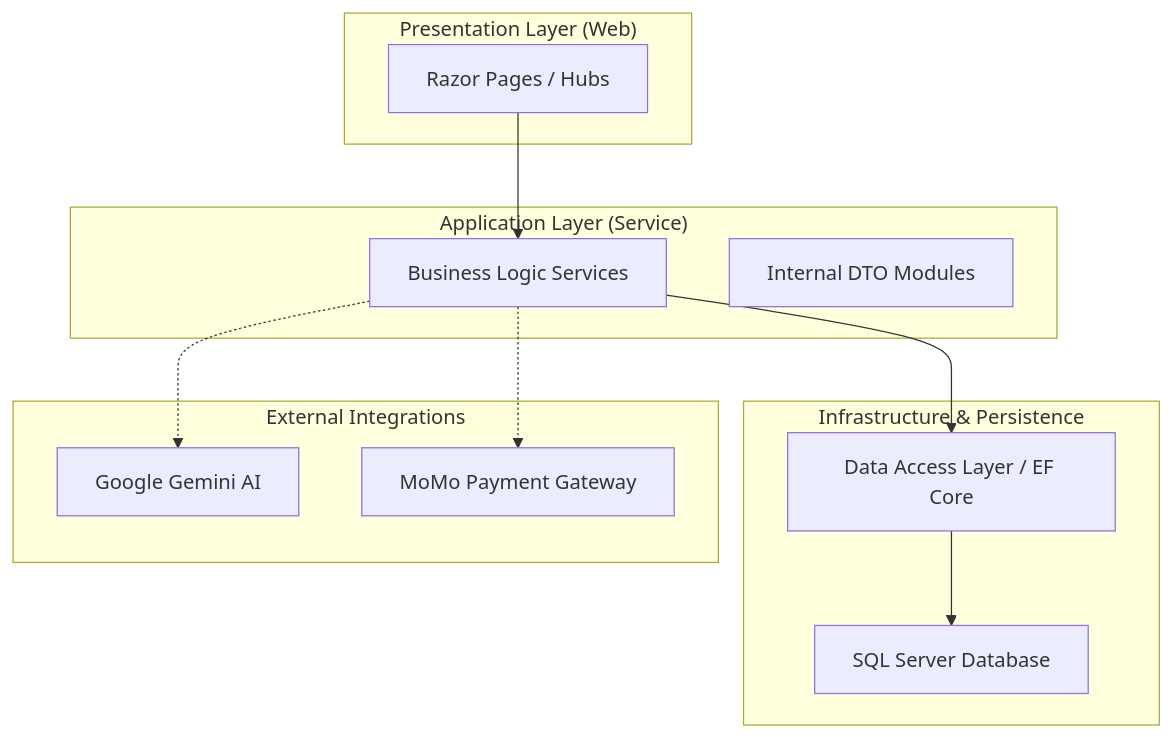
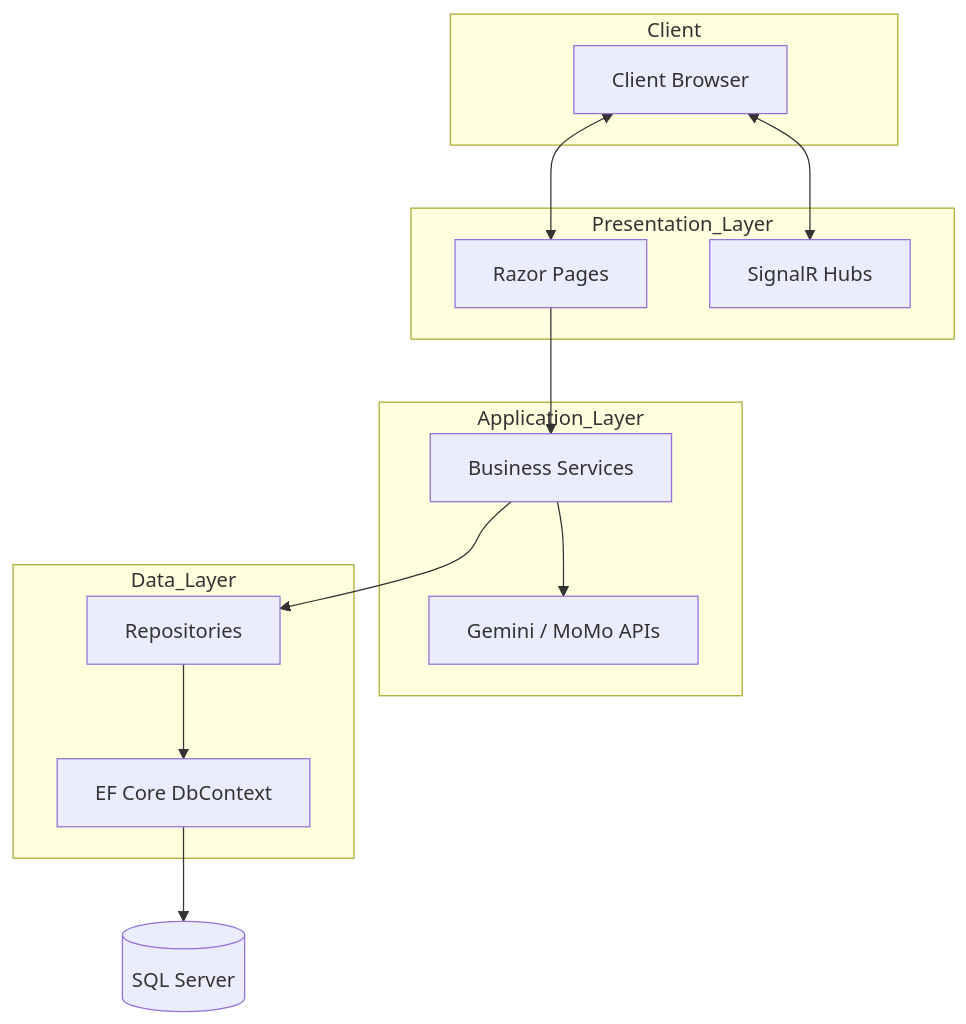
One commit to PRN222-SE1815/PRN222-FinalProject changed the diagram in README.md. Above: the diagram before and after it, drawn with Mermaid. The commit also changed other lines of this file, not shown here.

Commit message:
docs: update and restructure project README for clarity and architectural accuracy

````diff
--- a/README.md
+++ b/README.md
@@ -37,27 +37,31 @@
 ```mermaid
 graph TD
-    subgraph "Presentation Layer (Web)"
-        A[Razor Pages / Hubs]
+    subgraph Client
+        Browser[Client Browser]
     end
 
-    subgraph "Application Layer (Service)"
-        B[Business Logic Services]
-        C[Internal DTO Modules]
+    subgraph Presentation_Layer
+        RP[Razor Pages]
+        Hubs[SignalR Hubs]
     end
 
-    subgraph "Infrastructure & Persistence"
-        D[Data Access Layer / EF Core]
-        E[SQL Server Database]
+    subgraph Application_Layer
+        Services[Business Services]
+        Integrations[Gemini / MoMo APIs]
     end
 
-    subgraph "External Integrations"
-        F[Google Gemini AI]
-        G[MoMo Payment Gateway]
+    subgraph Data_Layer
+        Repo[Repositories]
+        Context[EF Core DbContext]
     end
 
-    A --> B
-    B --> D
-    D --> E
-    B -.-> F
-    B -.-> G
+    Database[(SQL Server)]
+
+    Browser <--> RP
+    Browser <--> Hubs
+    RP --> Services
+    Services --> Integrations
+    Services --> Repo
+    Repo --> Context
+    Context --> Database
 ```
````
